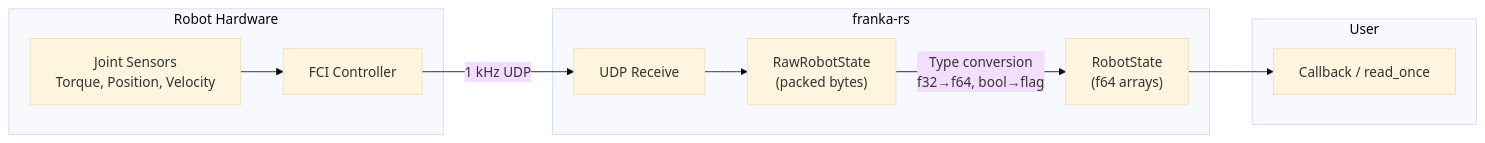
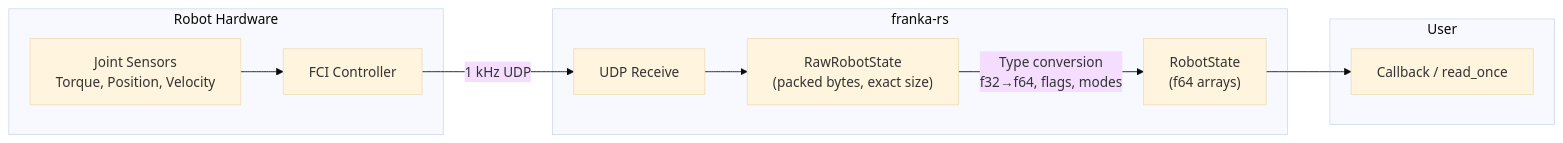
One commit to ColeTen/franka-rs changed the diagram in docs/src/reading-state.md. Above: the diagram before and after it, drawn with Mermaid (base theme). The commit also changed other lines of this file and 43 other files, not shown here.

````diff
--- a/docs/src/reading-state.md
+++ b/docs/src/reading-state.md
@@ -50,23 +57,23 @@
 ```mermaid
 flowchart LR
     subgraph Robot Hardware
         SENSORS[Joint Sensors<br/>Torque, Position, Velocity]
         FCI[FCI Controller]
     end
 
     subgraph franka-rs
         UDP[UDP Receive]
-        RAW["RawRobotState<br/>(packed bytes)"]
+        RAW["RawRobotState<br/>(packed bytes, exact size)"]
         STATE["RobotState<br/>(f64 arrays)"]
     end
 
     subgraph User
         CB[Callback / read_once]
     end
 
     SENSORS --> FCI
     FCI -->|"1 kHz UDP"| UDP
     UDP --> RAW
-    RAW -->|"Type conversion<br/>f32→f64, bool→flag"| STATE
+    RAW -->|"Type conversion<br/>f32→f64, flags, modes"| STATE
     STATE --> CB
 ```
````
